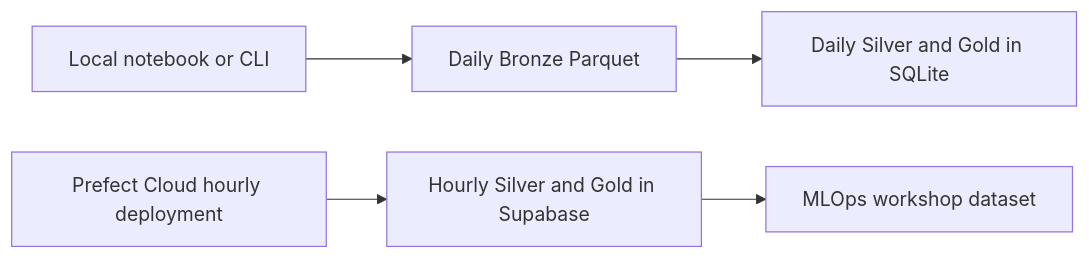
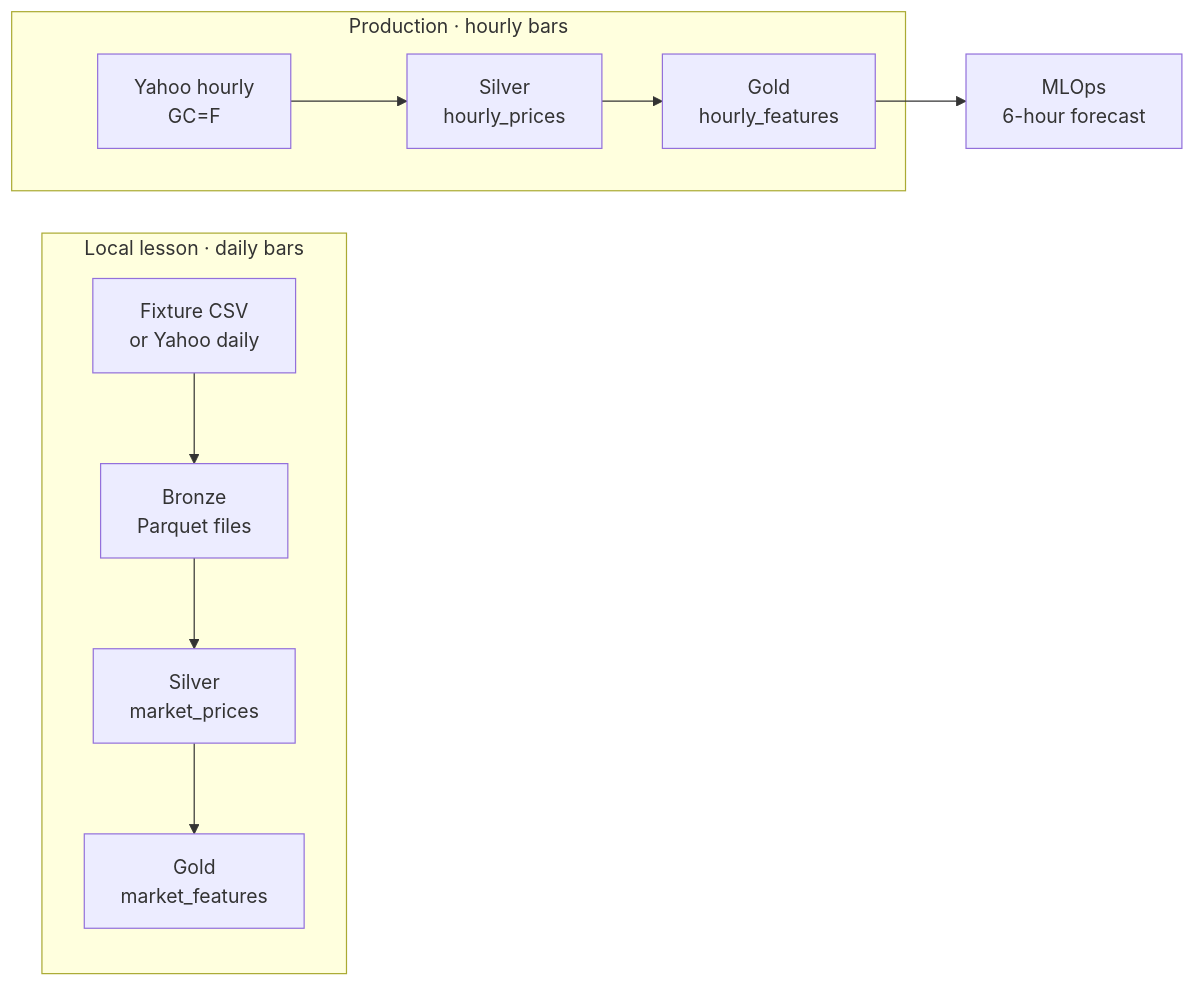
Before and after one commit to soloshun/market-data-ml-pipeline: the diagram in README.md, drawn with Mermaid. The commit also changed other lines of this file and 5 other files, not shown here.

````diff
--- a/README.md
+++ b/README.md
@@ -13,7 +33,13 @@
 ```mermaid
 flowchart LR
-    A["Local notebook or CLI"] --> B["Daily Bronze Parquet"]
-    B --> C["Daily Silver and Gold in SQLite"]
-    D["Prefect Cloud hourly deployment"] --> E["Hourly Silver and Gold in Supabase"]
-    E --> F["MLOps workshop dataset"]
+    subgraph local["Local lesson · daily bars"]
+        A["Fixture CSV<br/>or Yahoo daily"] --> B["Bronze<br/>Parquet files"]
+        B --> C["Silver<br/>market_prices"]
+        C --> D["Gold<br/>market_features"]
+    end
+    subgraph cloud["Production · hourly bars"]
+        E["Yahoo hourly<br/>GC=F"] --> F["Silver<br/>hourly_prices"]
+        F --> G["Gold<br/>hourly_features"]
+    end
+    G --> H["MLOps<br/>6-hour forecast"]
 ```
````
